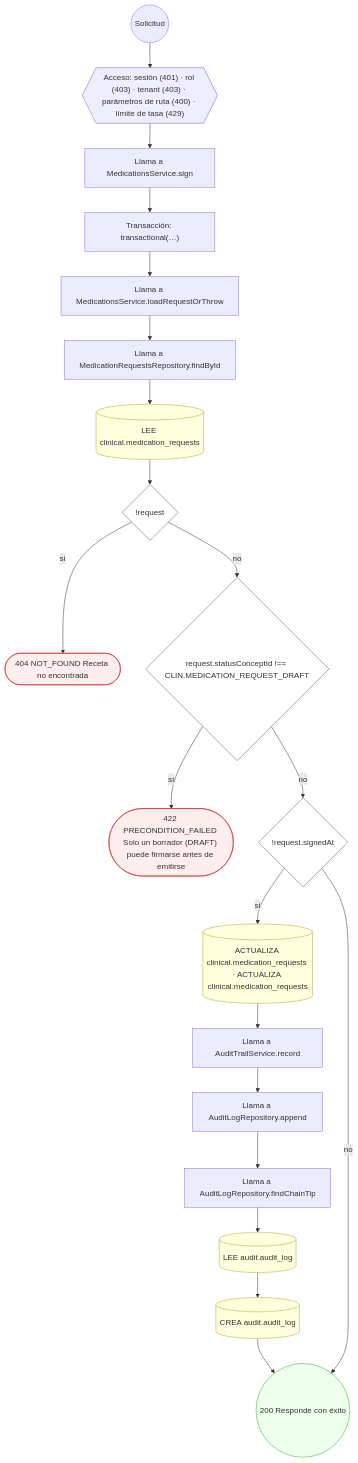
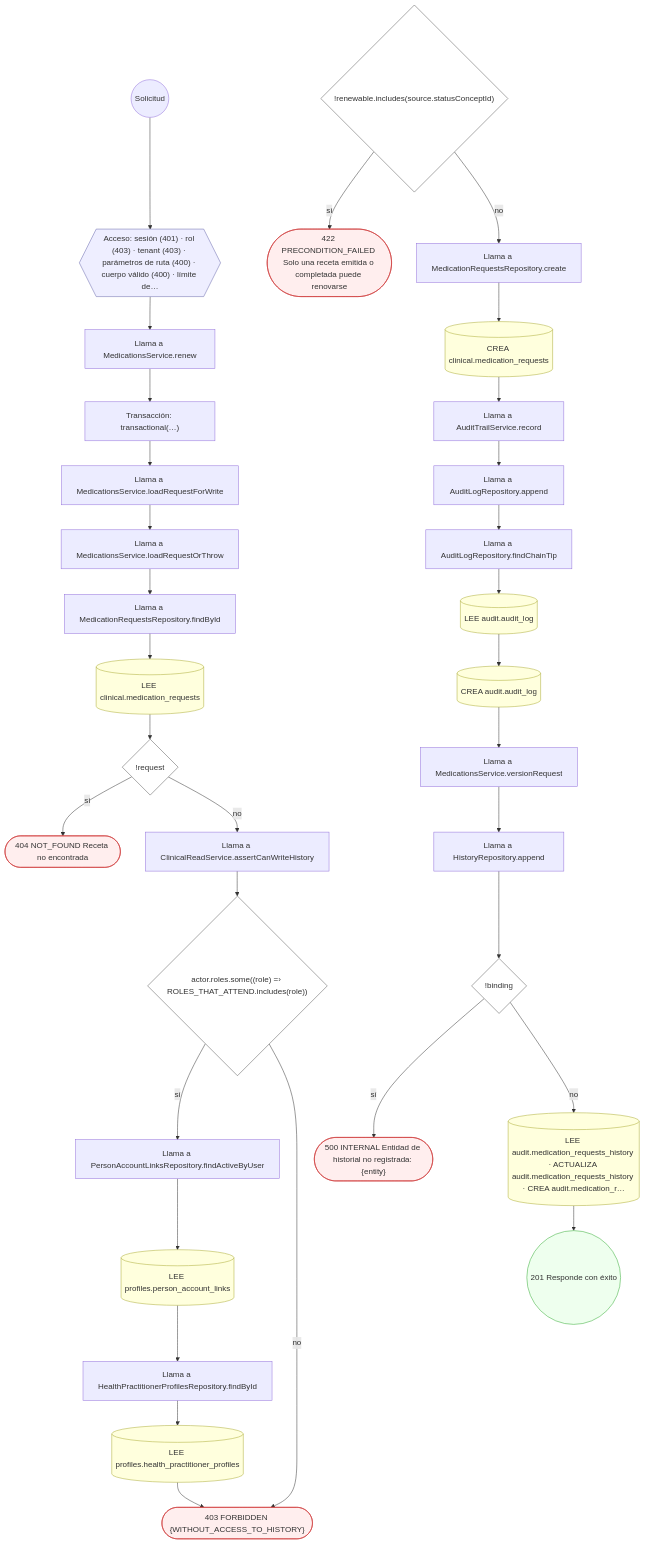
One commit to mdavila-2001/mantra-core-health-api changed diagram 28 of 39 in docs/inventario/flujos/clinical.md. Above: the diagram before and after it, drawn with Mermaid. The commit also changed other lines of this file and 451 other files, not shown here.

````diff
--- a/docs/inventario/flujos/clinical.md
+++ b/docs/inventario/flujos/clinical.md
@@ -1442,47 +2791,72 @@
 ```mermaid
 flowchart TD
   n1(("Solicitud")):::inicio
-  n2{{"Acceso: sesión (401) · rol (403) · tenant (403) · parámetros de ruta (400) · límite de tasa (429)"}}:::acceso
+  n2{{"Acceso: sesión (401) · rol (403) · tenant (403) · parámetros de ruta (400) · cuerpo válido (400) · límite de…"}}:::acceso
   n1 --> n2
-  n3["Llama a MedicationsService.sign"]:::llamada
+  n3["Llama a MedicationsService.renew"]:::llamada
   n2 --> n3
   n4["Transacción: transactional(…)"]:::transaccion
   n3 --> n4
-  n5["Llama a MedicationsService.loadRequestOrThrow"]:::llamada
+  n5["Llama a MedicationsService.loadRequestForWrite"]:::llamada
   n4 --> n5
-  n6["Llama a MedicationRequestsRepository.findById"]:::llamada
+  n6["Llama a MedicationsService.loadRequestOrThrow"]:::llamada
   n5 --> n6
-  n7[("LEE clinical.medication_requests")]:::efecto
+  n7["Llama a MedicationRequestsRepository.findById"]:::llamada
   n6 --> n7
-  n8{"!request"}:::decision
+  n8[("LEE clinical.medication_requests")]:::efecto
   n7 --> n8
-  n9(["404 NOT_FOUND Receta no encontrada"]):::error
-  n8 -->|"sí"| n9
-  n10{"request.statusConceptId !== CLIN.MEDICATION_REQUEST_DRAFT"}:::decision
-  n8 -->|"no"| n10
-  n11(["422 PRECONDITION_FAILED Solo un borrador (DRAFT) puede firmarse antes de emitirse"]):::error
-  n10 -->|"sí"| n11
-  n12{"!request.signedAt"}:::decision
-  n10 -->|"no"| n12
-  n13[("ACTUALIZA clinical.medication_requests · ACTUALIZA clinical.medication_requests")]:::efecto
+  n9{"!request"}:::decision
+  n8 --> n9
+  n10(["404 NOT_FOUND Receta no encontrada"]):::error
+  n9 -->|"sí"| n10
+  n11["Llama a ClinicalReadService.assertCanWriteHistory"]:::llamada
+  n9 -->|"no"| n11
+  n12{"actor.roles.some((role) =› ROLES_THAT_ATTEND.includes(role))"}:::decision
+  n11 --> n12
+  n13["Llama a PersonAccountLinksRepository.findActiveByUser"]:::llamada
   n12 -->|"sí"| n13
-  n14["Llama a AuditTrailService.record"]:::llamada
+  n14[("LEE profiles.person_account_links")]:::efecto
   n13 --> n14
-  n15["Llama a AuditLogRepository.append"]:::llamada
+  n15["Llama a HealthPractitionerProfilesRepository.findById"]:::llamada
   n14 --> n15
-  n16["Llama a AuditLogRepository.findChainTip"]:::llamada
+  n16[("LEE profiles.health_practitioner_profiles")]:::efecto
   n15 --> n16
-  n17[("LEE audit.audit_log")]:::efecto
+  n17(["403 FORBIDDEN {WITHOUT_ACCESS_TO_HISTORY}"]):::error
   n16 --> n17
-  n18[("CREA audit.audit_log")]:::efecto
-  n17 --> n18
-  n19(("200 Responde con éxito")):::ok
-  n18 --> n19
-  n12 -->|"no"| n19
+  n12 -->|"no"| n17
+  n18{"!renewable.includes(source.statusConceptId)"}:::decision
+  n19(["422 PRECONDITION_FAILED Solo una receta emitida o completada puede renovarse"]):::error
+  n18 -->|"sí"| n19
+  n20["Llama a MedicationRequestsRepository.create"]:::llamada
+  n18 -->|"no"| n20
+  n21[("CREA clinical.medication_requests")]:::efecto
+  n20 --> n21
+  n22["Llama a AuditTrailService.record"]:::llamada
+  n21 --> n22
+  n23["Llama a AuditLogRepository.append"]:::llamada
+  n22 --> n23
+  n24["Llama a AuditLogRepository.findChainTip"]:::llamada
+  n23 --> n24
+  n25[("LEE audit.audit_log")]:::efecto
+  n24 --> n25
+  n26[("CREA audit.audit_log")]:::efecto
+  n25 --> n26
+  n27["Llama a MedicationsService.versionRequest"]:::llamada
+  n26 --> n27
+  n28["Llama a HistoryRepository.append"]:::llamada
+  n27 --> n28
+  n29{"!binding"}:::decision
+  n28 --> n29
+  n30(["500 INTERNAL Entidad de historial no registrada: {entity}"]):::error
+  n29 -->|"sí"| n30
+  n31[("LEE audit.medication_requests_history · ACTUALIZA audit.medication_requests_history · CREA audit.medication_r…")]:::efecto
+  n29 -->|"no"| n31
+  n32(("201 Responde con éxito")):::ok
+  n31 --> n32
   classDef acceso fill:#eef,stroke:#66a
   classDef error fill:#fee,stroke:#c33
   classDef ok fill:#efe,stroke:#3a3
   classDef efecto fill:#ffd,stroke:#aa3
   classDef decision fill:#fff,stroke:#555
   classDef corte fill:#eee,stroke:#999,stroke-dasharray: 4
 ```
````
